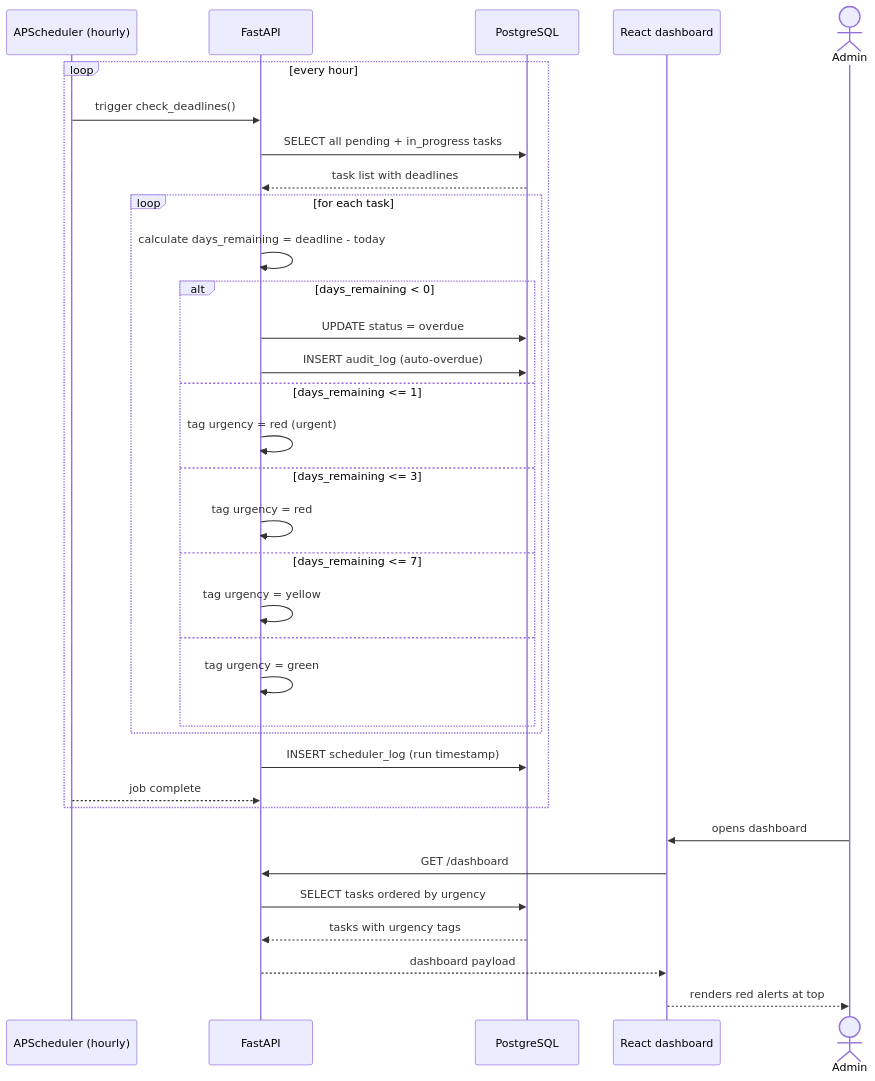
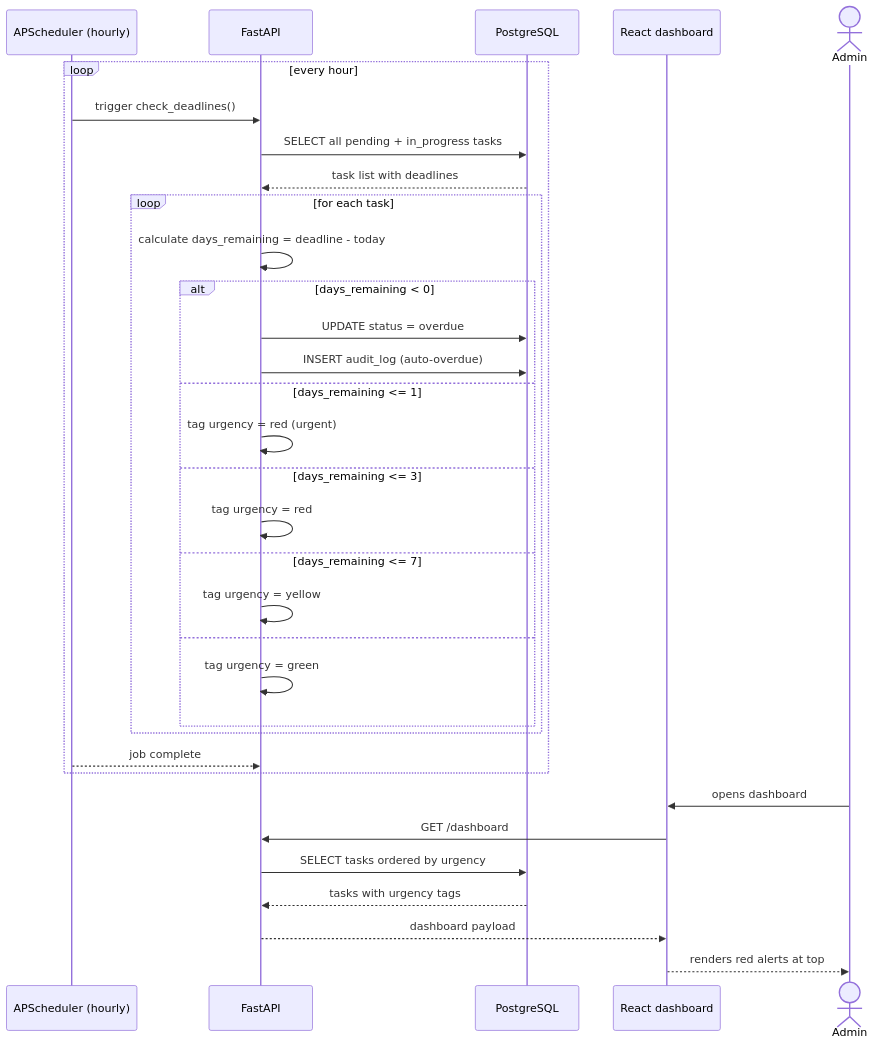
Before and after one commit to HieuPhan14/Deadline_Management_App: the third of 3 diagrams in deadline-app/docs/sequence_diagrams.md, drawn with Mermaid. The commit also changed other lines of this file and 7 other files, not shown here.

````diff
--- a/deadline-app/docs/sequence_diagrams.md
+++ b/deadline-app/docs/sequence_diagrams.md
@@ -99,40 +94,39 @@
 ```mermaid
 sequenceDiagram
   participant Scheduler as APScheduler (hourly)
   participant API as FastAPI
   participant DB as PostgreSQL
   participant React as React dashboard
   actor Admin
  
   loop every hour
     Scheduler->>API: trigger check_deadlines()
     API->>DB: SELECT all pending + in_progress tasks
     DB-->>API: task list with deadlines
  
     loop for each task
       API->>API: calculate days_remaining = deadline - today
       alt days_remaining < 0
         API->>DB: UPDATE status = overdue
         API->>DB: INSERT audit_log (auto-overdue)
       else days_remaining <= 1
         API->>API: tag urgency = red (urgent)
       else days_remaining <= 3
         API->>API: tag urgency = red
       else days_remaining <= 7
         API->>API: tag urgency = yellow
       else
         API->>API: tag urgency = green
       end
     end
  
-    API->>DB: INSERT scheduler_log (run timestamp)
     Scheduler-->>API: job complete
   end
  
   Admin->>React: opens dashboard
   React->>API: GET /dashboard
   API->>DB: SELECT tasks ordered by urgency
   DB-->>API: tasks with urgency tags
   API-->>React: dashboard payload
   React-->>Admin: renders red alerts at top
 ```
````
